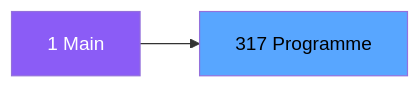
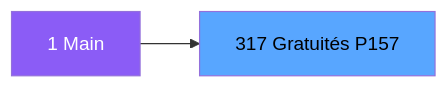
One commit to thonyAGP/magic-migration changed the second of 3 diagrams in .openspec/specs/ADH-IDE-317.md. Above: the diagram before and after it, drawn with Mermaid. The commit also changed other lines of this file and 323 other files, not shown here.

````diff
--- a/.openspec/specs/ADH-IDE-317.md
+++ b/.openspec/specs/ADH-IDE-317.md
@@ -100,8 +112,8 @@
 ```mermaid
 graph LR
     M[1 Main]
-    T[317 Programme]
+    T[317 Gratuités P157]
     M --> T
     style M fill:#8b5cf6,color:#fff
     style T fill:#58a6ff,color:#000
 ```
````
